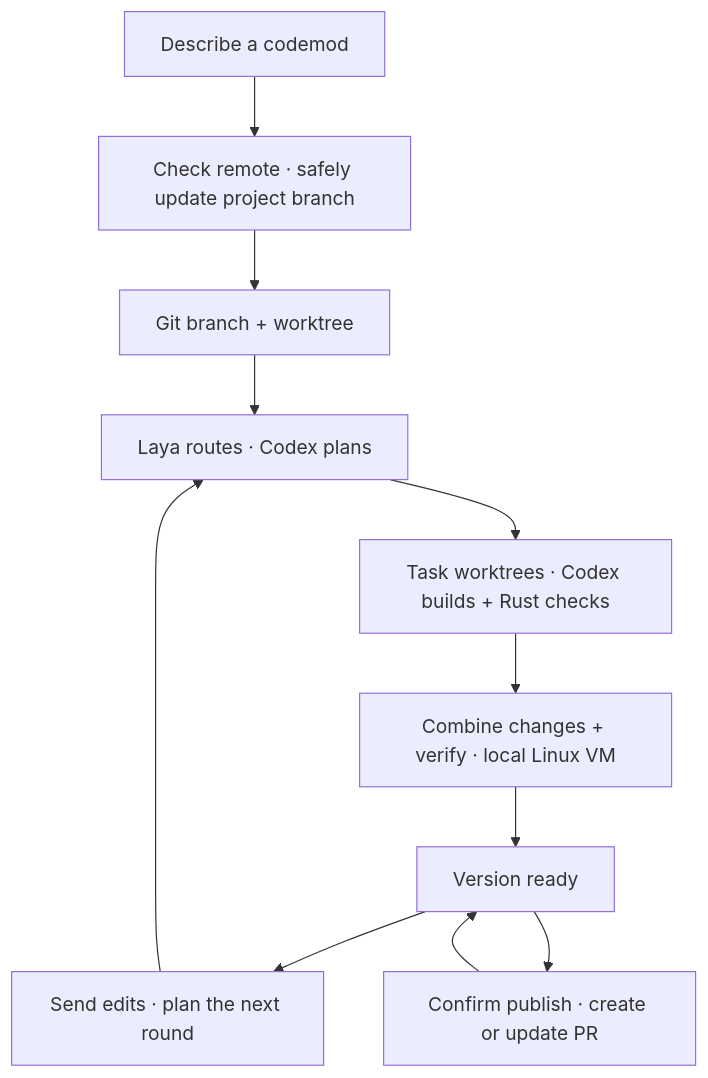
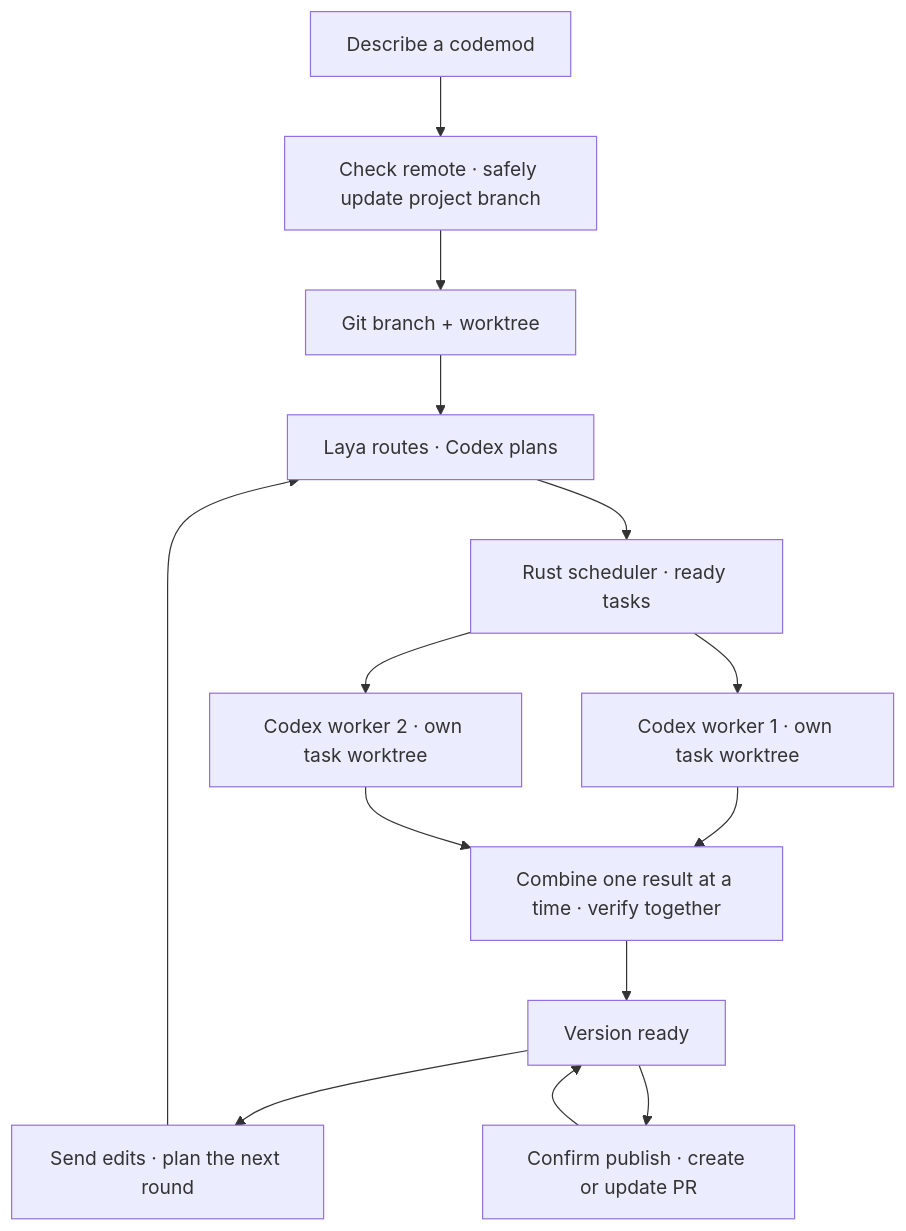
Before and after one commit to minimumeffort-dev/sprowt.harness: the diagram in README.md, drawn with Mermaid. The commit also changed other lines of this file and 19 other files, not shown here.

````diff
--- a/README.md
+++ b/README.md
@@ -33,13 +33,16 @@
 ```mermaid
 flowchart TB
     goal["Describe a codemod"] --> sync["Check remote · safely update project branch"]
     sync --> setup["Git branch + worktree"]
     setup --> planner["Laya routes · Codex plans"]
-    planner --> build["Task worktrees · Codex builds + Rust checks"]
-    build --> combine["Combine changes + verify · local Linux VM"]
+    planner --> schedule["Rust scheduler · ready tasks"]
+    schedule --> first["Codex worker 1 · own task worktree"]
+    schedule --> second["Codex worker 2 · own task worktree"]
+    first --> combine["Combine one result at a time · verify together"]
+    second --> combine
     combine --> ready["Version ready"]
     ready --> edits["Send edits · plan the next round"]
     edits --> planner
     ready --> publish["Confirm publish · create or update PR"]
     publish --> ready
 ```
````
